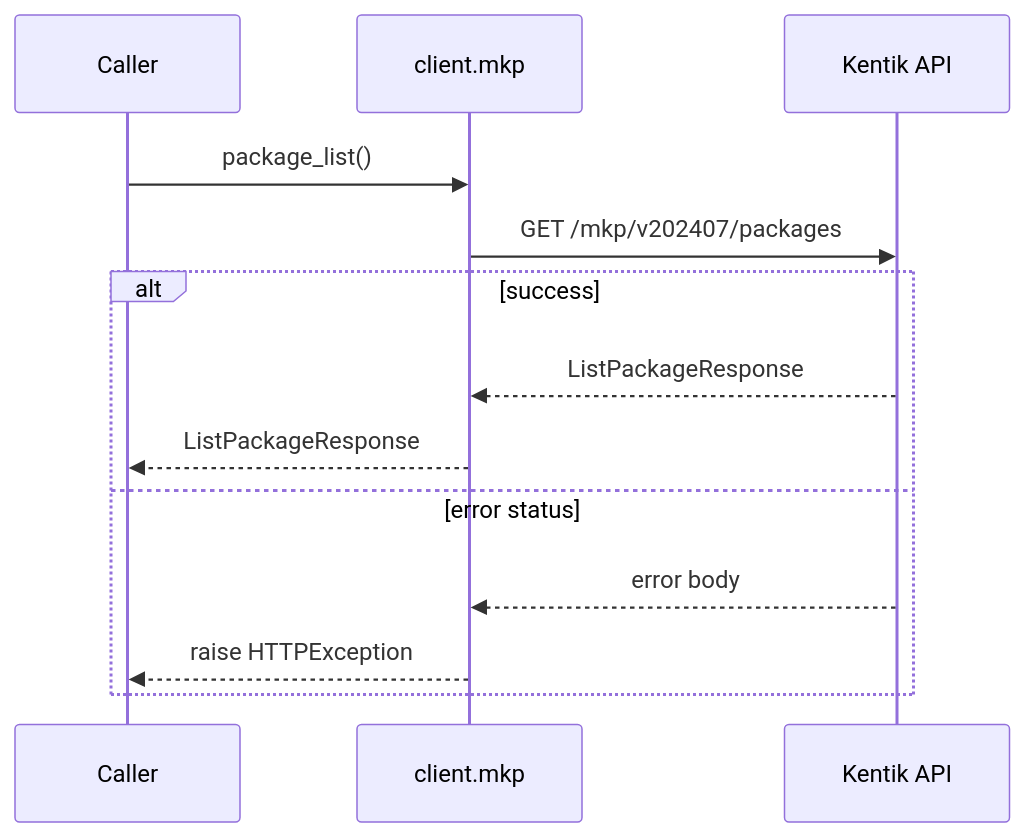
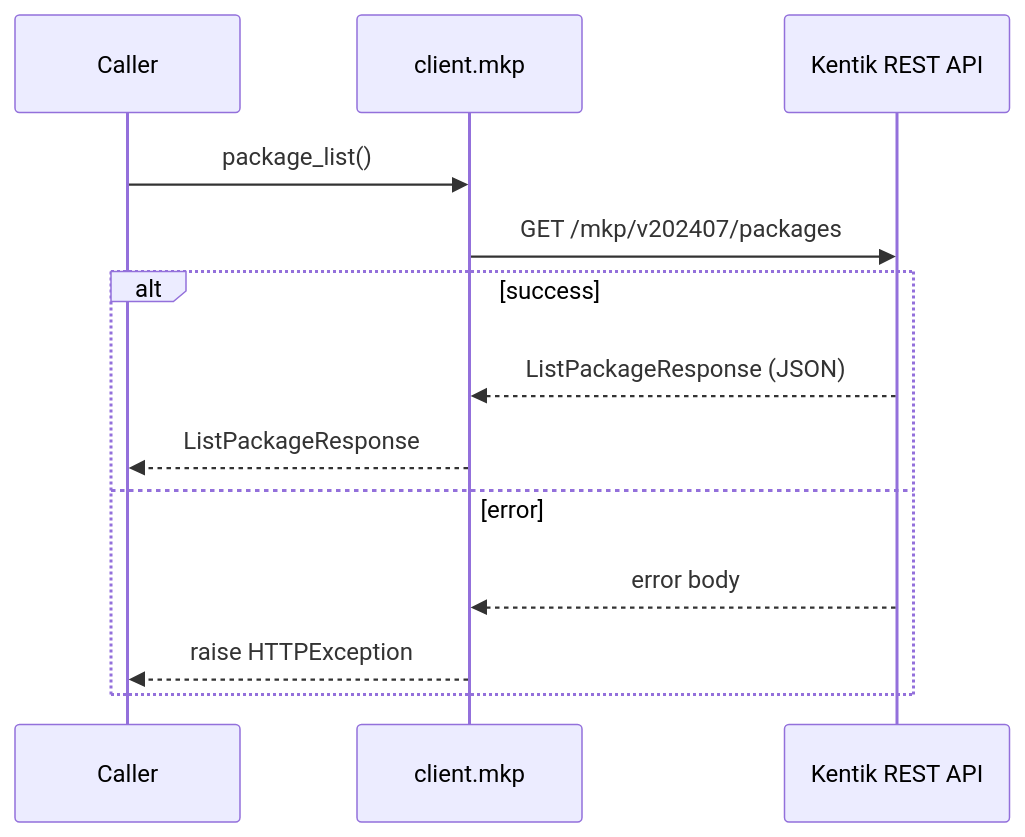
Before and after one commit to alexdearaujo/community_sdk_python: the second of 30 diagrams in docs/sphinx/services/mkp.md, drawn with Mermaid. The commit also changed other lines of this file and 61 other files, not shown here.

````diff
--- a/docs/sphinx/services/mkp.md
+++ b/docs/sphinx/services/mkp.md
@@ -35,16 +37,16 @@
 ```mermaid
 sequenceDiagram
     participant C as Caller
     participant W as client.mkp
-    participant API as Kentik API
+    participant API as Kentik REST API
 
     C->>W: package_list()
     W->>API: GET /mkp/v202407/packages
     alt success
-        API-->>W: ListPackageResponse
+        API-->>W: ListPackageResponse (JSON)
         W-->>C: ListPackageResponse
-    else error status
+    else error
         API-->>W: error body
         W-->>C: raise HTTPException
     end
 ```
````
